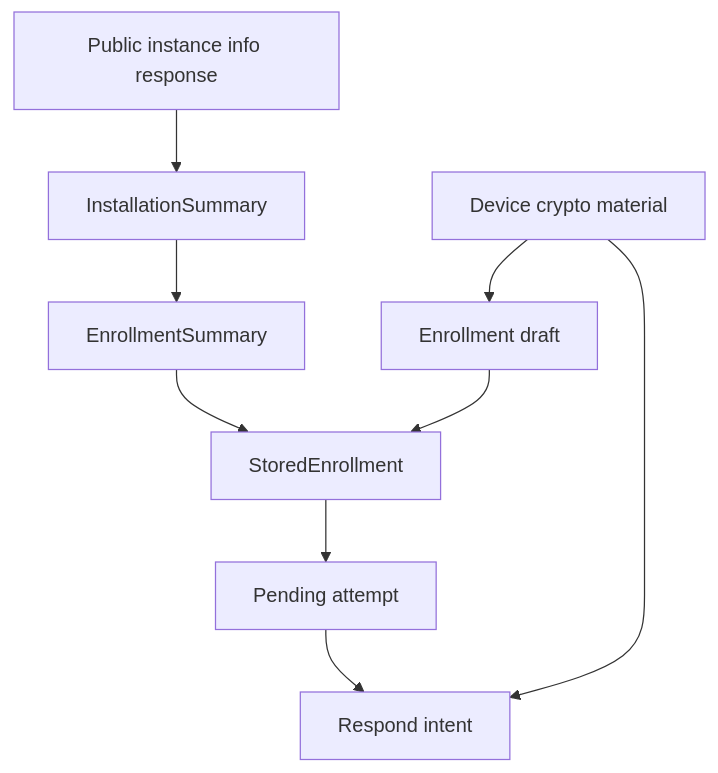
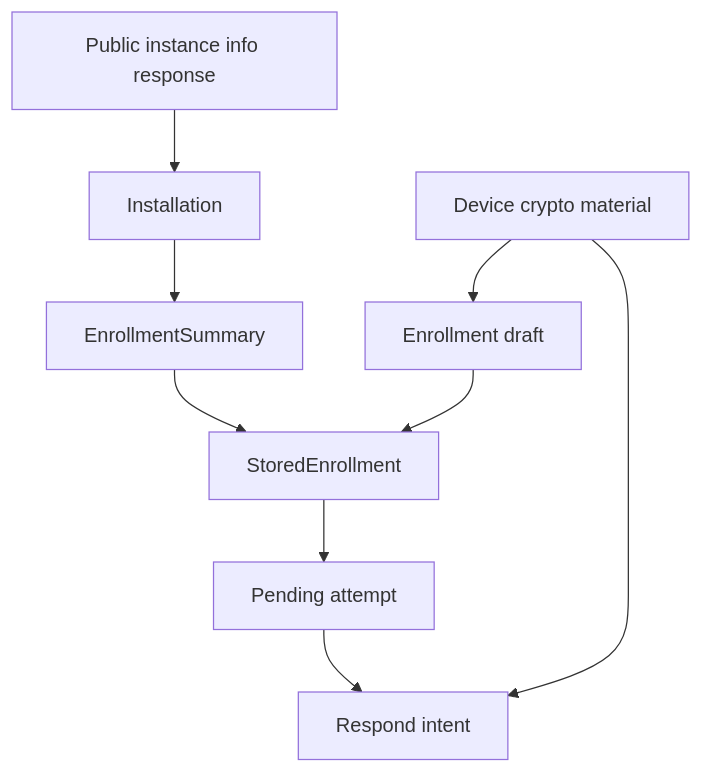
One commit to mgagp/ezkey changed the diagram in ezkey_mobile/docs/MOBILE_DATA_MODEL.md. Above: the diagram before and after it, drawn with Mermaid. The commit also changed other lines of this file and 19 other files, not shown here.

First line of the commit message:
Refactor installation handling in enrollment storage and related components

````diff
--- a/ezkey_mobile/docs/MOBILE_DATA_MODEL.md
+++ b/ezkey_mobile/docs/MOBILE_DATA_MODEL.md
@@ -30,20 +30,20 @@
 ```mermaid
 flowchart TD
   PublicInstanceInfo[Public instance info response]
-  InstallationSummary[InstallationSummary]
+  Installation[Installation]
   EnrollmentSummary[EnrollmentSummary]
   StoredEnrollment[StoredEnrollment]
   EnrollmentDraft[Enrollment draft]
   PendingAttempt[Pending attempt]
   RespondIntent[Respond intent]
   DeviceCrypto[Device crypto material]
 
-  PublicInstanceInfo --> InstallationSummary
-  InstallationSummary --> EnrollmentSummary
+  PublicInstanceInfo --> Installation
+  Installation --> EnrollmentSummary
   EnrollmentSummary --> StoredEnrollment
   EnrollmentDraft --> StoredEnrollment
   StoredEnrollment --> PendingAttempt
   PendingAttempt --> RespondIntent
   DeviceCrypto --> EnrollmentDraft
   DeviceCrypto --> RespondIntent
 ```
````
